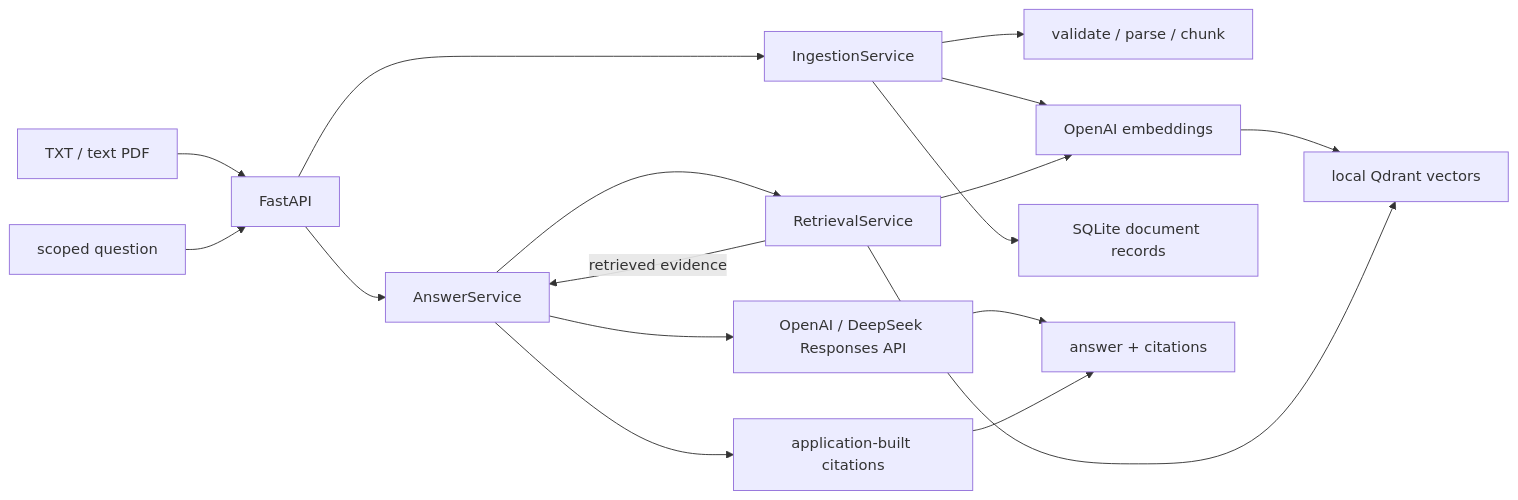
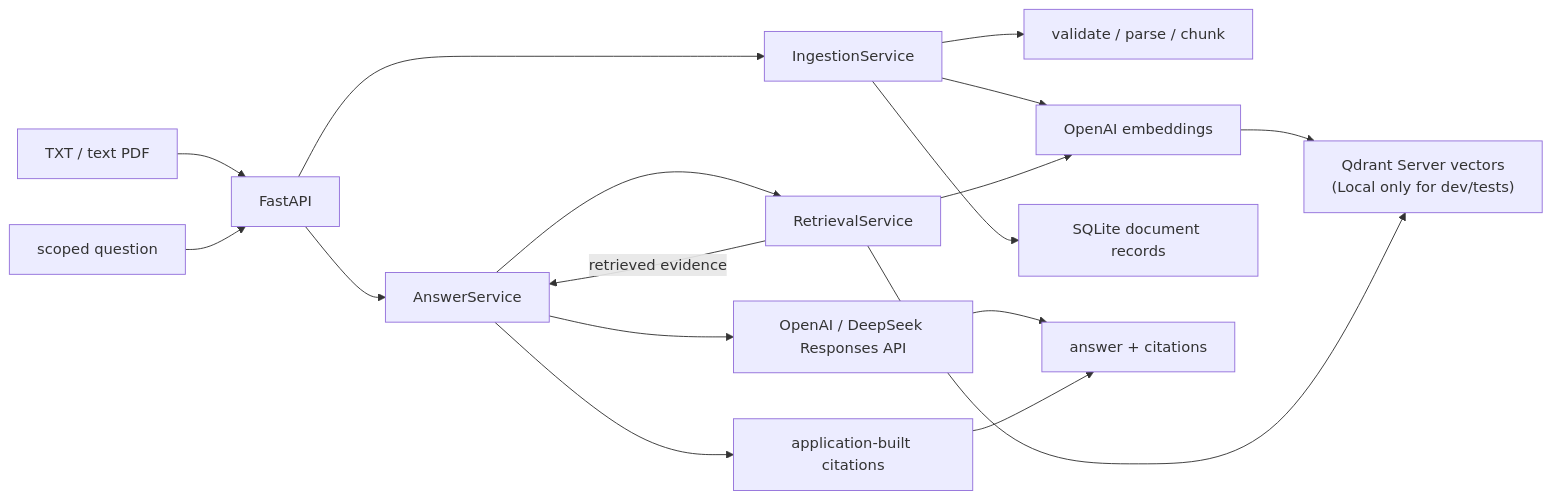
Before and after one commit to Conchlikewater/enterprise-knowledge-assistant: the diagram in README.md, drawn with Mermaid. The commit also changed other lines of this file and 1 other file, not shown here.

Commit message:
docs(r1): document verified server runtime

````diff
--- a/README.md
+++ b/README.md
@@ -29,20 +33,20 @@
 ```mermaid
 flowchart LR
     U["TXT / text PDF"] --> API["FastAPI"]
     API --> ING["IngestionService"]
     ING --> DOC["validate / parse / chunk"]
     ING --> EMB["OpenAI embeddings"]
     ING --> SQL["SQLite document records"]
-    EMB --> QD["local Qdrant vectors"]
+    EMB --> QD["Qdrant Server vectors<br/>(Local only for dev/tests)"]
 
     Q["scoped question"] --> API
     API --> ANS["AnswerService"]
     ANS --> RET["RetrievalService"]
     RET --> EMB
     RET --> QD
     RET -->|"retrieved evidence"| ANS
     ANS --> LLM["OpenAI / DeepSeek Responses API"]
     ANS --> CIT["application-built citations"]
     LLM --> OUT["answer + citations"]
     CIT --> OUT
 ```
````
